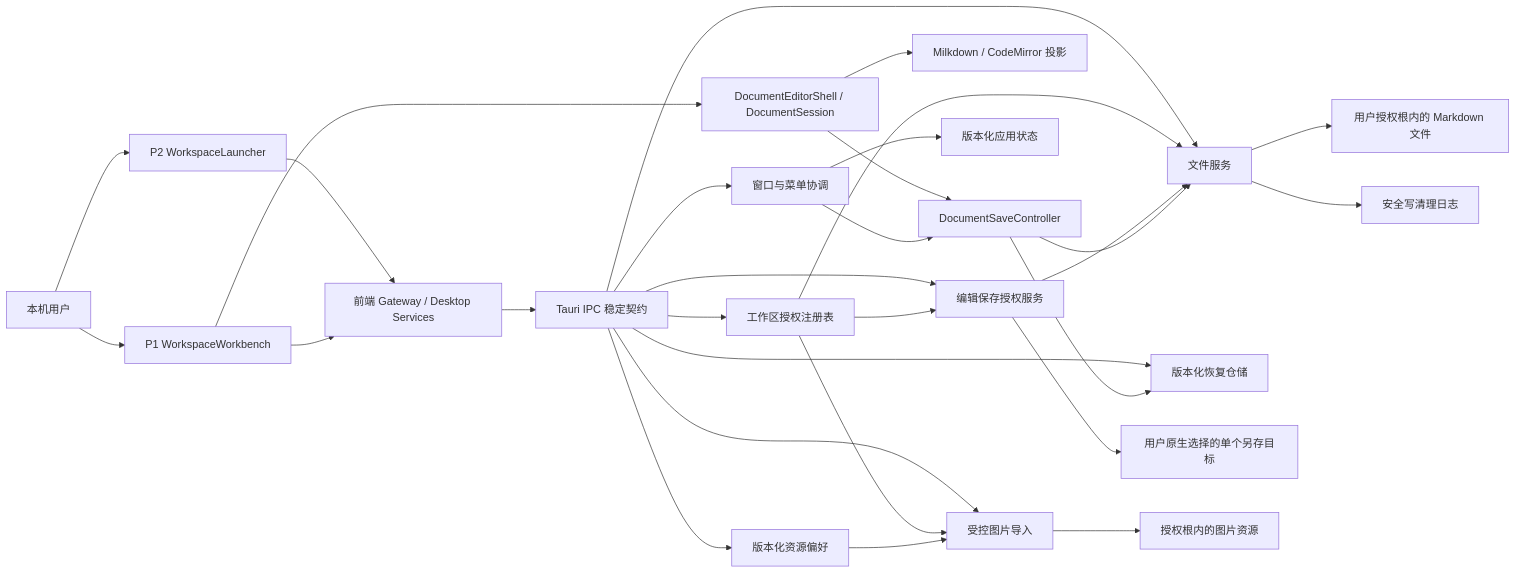
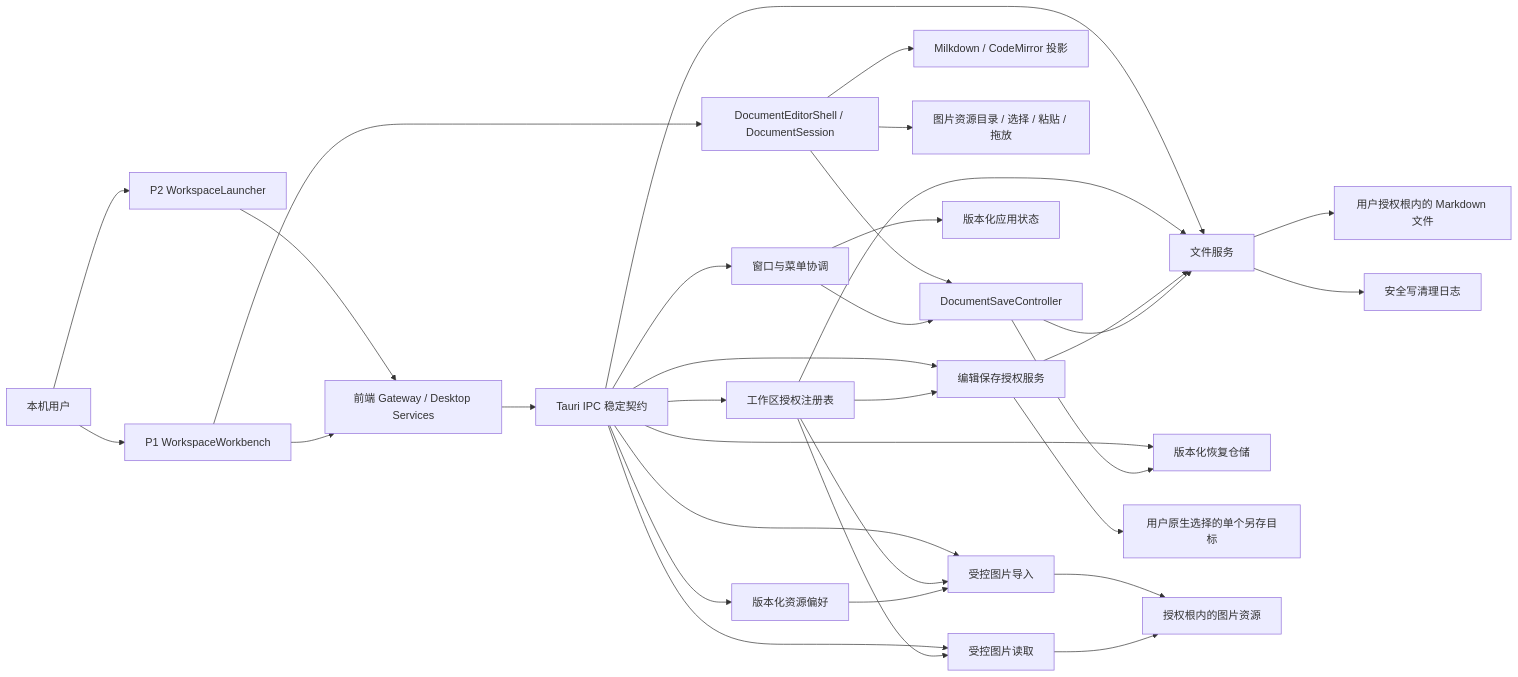
The diagram in agent-works/markdown-editor-desktop/architecture/desktop-foundation.md (fulin-peng-ydxs/ai-markdown), drawn with Mermaid before and after one commit. The commit also changed other lines of this file and 33 other files, not shown here.

First line of the commit message:
Agent 新增(图片资源): 完成 T28 图片输入与文档相对链接闭环

````diff
--- a/agent-works/markdown-editor-desktop/architecture/desktop-foundation.md
+++ b/agent-works/markdown-editor-desktop/architecture/desktop-foundation.md
@@ -11,31 +11,35 @@
 ```mermaid
 flowchart LR
     U["本机用户"] --> P2["P2 WorkspaceLauncher"]
     U --> P1["P1 WorkspaceWorkbench"]
     P1 --> D["DocumentEditorShell / DocumentSession"]
     D --> SC["DocumentSaveController"]
     D --> V["Milkdown / CodeMirror 投影"]
+    D --> UI["图片资源目录 / 选择 / 粘贴 / 拖放"]
     P2 --> G["前端 Gateway / Desktop Services"]
     P1 --> G
     G --> IPC["Tauri IPC 稳定契约"]
     IPC --> W["窗口与菜单协调"]
     IPC --> A["工作区授权注册表"]
     IPC --> F["文件服务"]
     IPC --> E["编辑保存授权服务"]
     W --> S["版本化应用状态"]
     IPC --> R["版本化恢复仓储"]
     IPC --> P["版本化资源偏好"]
     IPC --> I["受控图片导入"]
+    IPC --> IR["受控图片读取"]
     A --> F
     A --> E
     A --> I
+    A --> IR
     E --> F
     SC --> F
     SC --> R
     W --> SC
     P --> I
     F --> M["用户授权根内的 Markdown 文件"]
     E --> C["用户原生选择的单个另存目标"]
     I --> B["授权根内的图片资源"]
+    IR --> B
     F --> J["安全写清理日志"]
 ```
````
